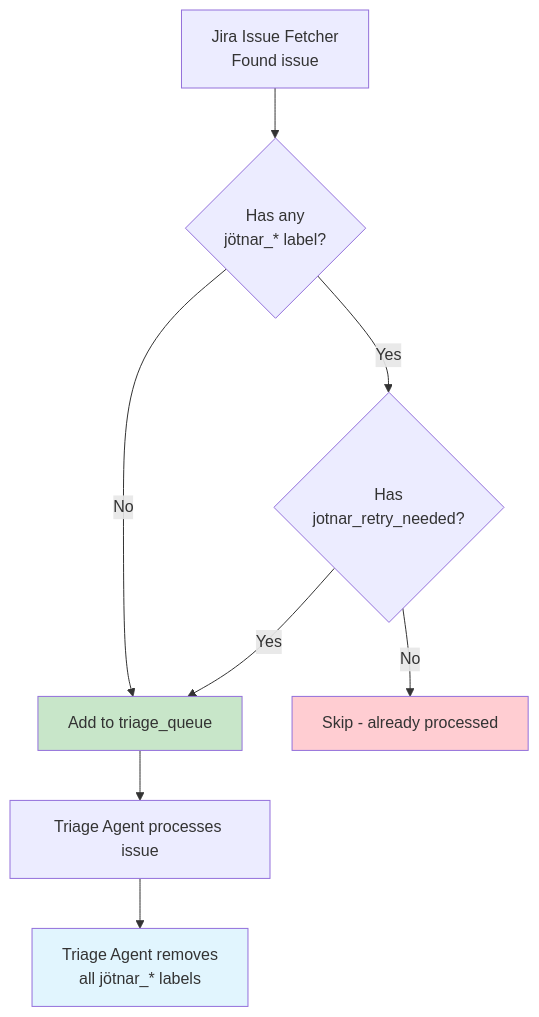
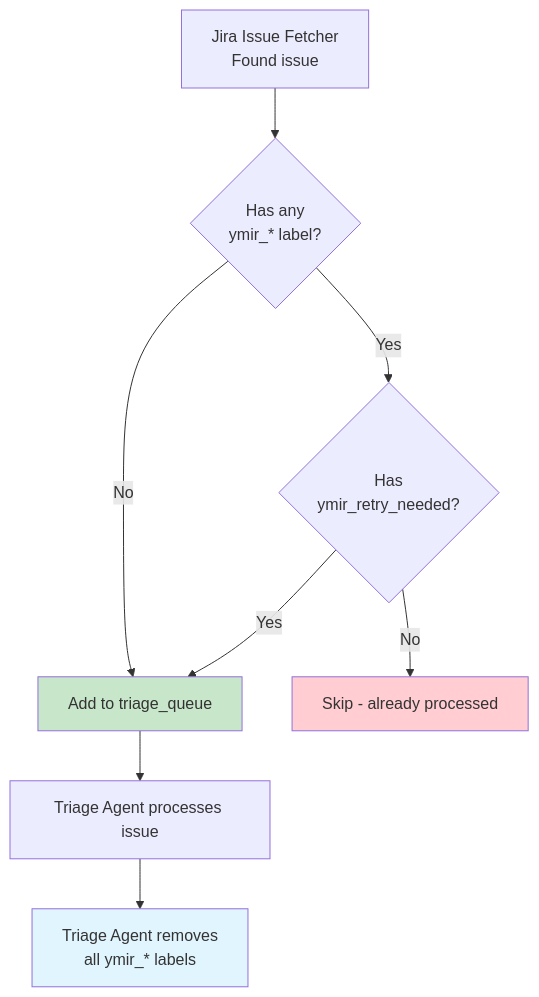
The third of 3 diagrams in jira_label_workflow_routing.md (packit/ai-workflows), drawn with Mermaid before and after one commit. The commit also changed other lines of this file and 28 other files, not shown here.

First line of the commit message:
Rename Jotnar to Ymir in user-visible text and Jira labels

````diff
--- a/jira_label_workflow_routing.md
+++ b/jira_label_workflow_routing.md
@@ -118,19 +118,19 @@
 ```mermaid
 flowchart TD
     START[Jira Issue Fetcher<br/>Found issue]
-    CHECK{Has any<br/>jötnar_* label?}
-    RETRY{Has<br/>jotnar_retry_needed?}
+    CHECK{Has any<br/>ymir_* label?}
+    RETRY{Has<br/>ymir_retry_needed?}
 
     START --> CHECK
     CHECK -->|No| ADD[Add to triage_queue]
     CHECK -->|Yes| RETRY
     RETRY -->|Yes| ADD
     RETRY -->|No| SKIP[Skip - already processed]
 
     ADD --> TRIAGE_PROCESS[Triage Agent processes issue]
-    TRIAGE_PROCESS --> CLEANUP[Triage Agent removes<br/>all jötnar_* labels]
+    TRIAGE_PROCESS --> CLEANUP[Triage Agent removes<br/>all ymir_* labels]
 
     style ADD fill:#c8e6c9
     style SKIP fill:#ffcdd2
     style CLEANUP fill:#e1f5fe
 ```
````
